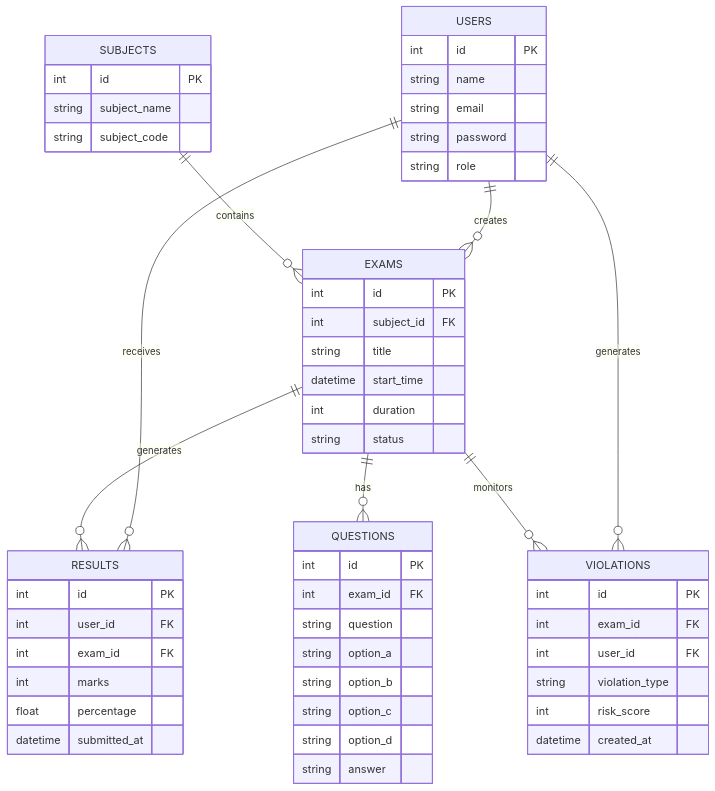
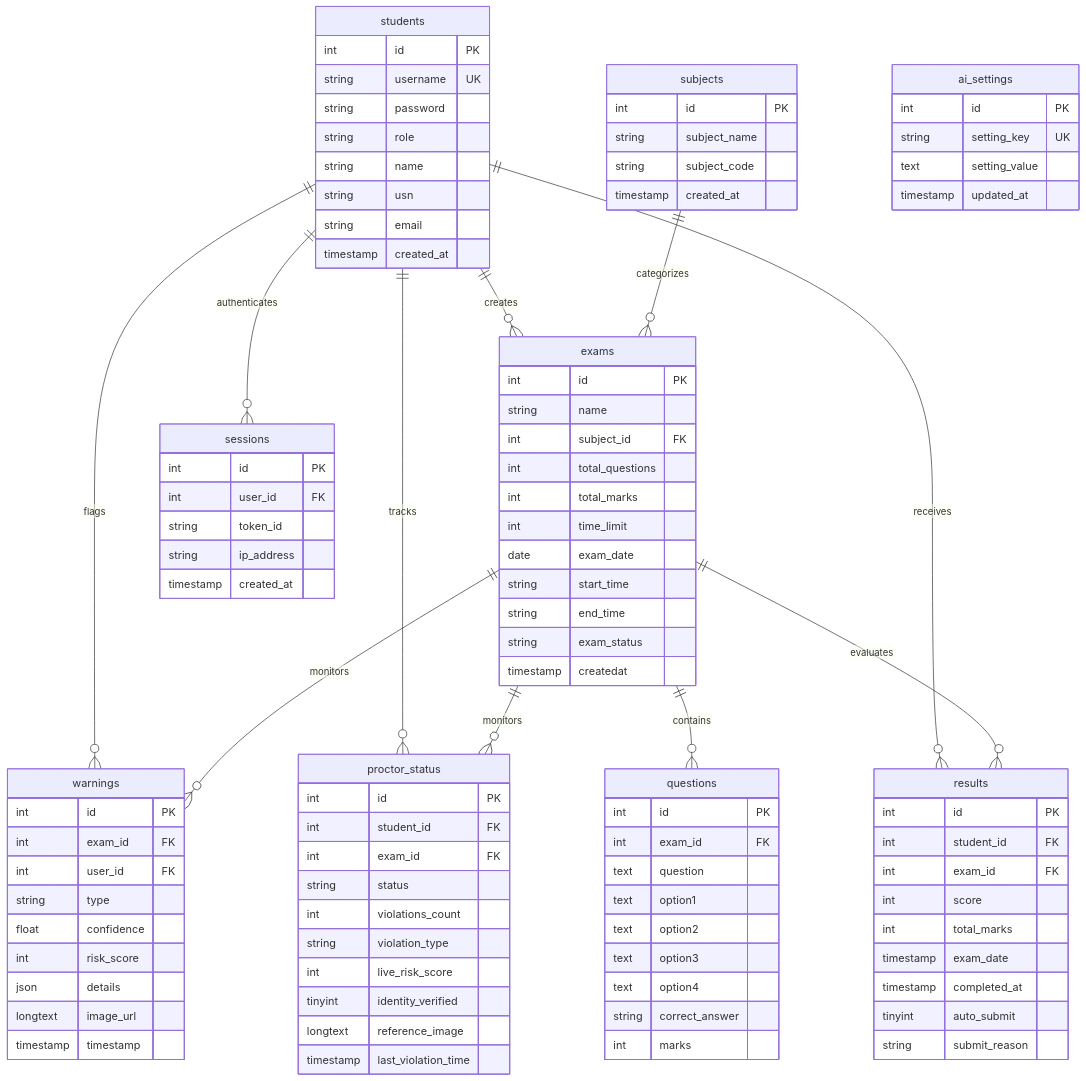
The third of 3 diagrams in README.md (zaid46kazi-wq/Smart-AI-Online-Examination-Portal), drawn with Mermaid before and after one commit. The commit also changed other lines of this file and 70 other files, not shown here.

````diff
--- a/README.md
+++ b/README.md
@@ -167,57 +116,101 @@
 ```mermaid
 erDiagram
-    USERS ||--o{ EXAMS : creates
-    USERS ||--o{ RESULTS : receives
-    USERS ||--o{ VIOLATIONS : generates
-    SUBJECTS ||--o{ EXAMS : contains
-    EXAMS ||--o{ QUESTIONS : has
-    EXAMS ||--o{ RESULTS : generates
-    EXAMS ||--o{ VIOLATIONS : monitors
+    students ||--o{ exams : creates
+    students ||--o{ results : receives
+    students ||--o{ proctor_status : tracks
+    students ||--o{ warnings : flags
+    students ||--o{ sessions : authenticates
+    subjects ||--o{ exams : categorizes
+    exams ||--o{ questions : contains
+    exams ||--o{ results : evaluates
+    exams ||--o{ warnings : monitors
+    exams ||--o{ proctor_status : monitors
 
-    USERS {
+    students {
         int id PK
-        string name
-        string email
+        string username UK
         string password
         string role
+        string name
+        string usn
+        string email
+        timestamp created_at
     }
-    SUBJECTS {
+    subjects {
         int id PK
         string subject_name
         string subject_code
+        timestamp created_at
     }
-    EXAMS {
+    exams {
         int id PK
+        string name
         int subject_id FK
-        string title
-        datetime start_time
-        int duration
-        string status
+        int total_questions
+        int total_marks
+        int time_limit
+        date exam_date
+        string start_time
+        string end_time
+        string exam_status
+        timestamp createdat
     }
-    QUESTIONS {
+    questions {
         int id PK
         int exam_id FK
-        string question
-        string option_a
-        string option_b
-        string option_c
-        string option_d
-        string answer
+        text question
+        text option1
+        text option2
+        text option3
+        text option4
+        string correct_answer
+        int marks
     }
-    RESULTS {
+    results {
         int id PK
-        int user_id FK
+        int student_id FK
         int exam_id FK
-        int marks
-        float percentage
-        datetime submitted_at
+        int score
+        int total_marks
+        timestamp exam_date
+        timestamp completed_at
+        tinyint auto_submit
+        string submit_reason
     }
-    VIOLATIONS {
+    proctor_status {
+        int id PK
+        int student_id FK
+        int exam_id FK
+        string status
+        int violations_count
+        string violation_type
+        int live_risk_score
+        tinyint identity_verified
+        longtext reference_image
+        timestamp last_violation_time
+    }
+    warnings {
         int id PK
         int exam_id FK
         int user_id FK
-        string violation_type
+        string type
+        float confidence
         int risk_score
-        datetime created_at
+        json details
+        longtext image_url
+        timestamp timestamp
+    }
+    ai_settings {
+        int id PK
+        string setting_key UK
+        text setting_value
+        timestamp updated_at
+    }
+    sessions {
+        int id PK
+        int user_id FK
+        string token_id
+        string ip_address
+        timestamp created_at
     }
 ```
````
